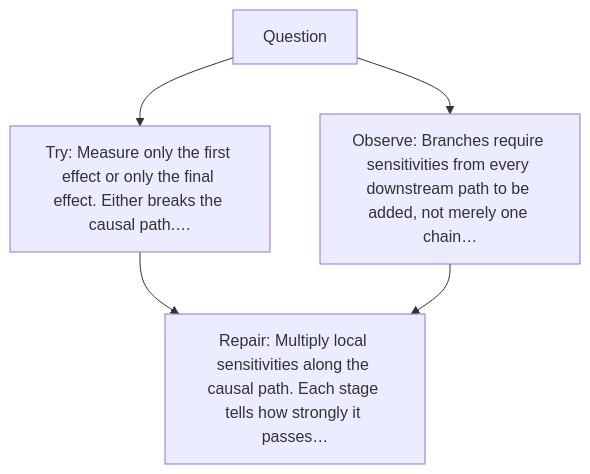
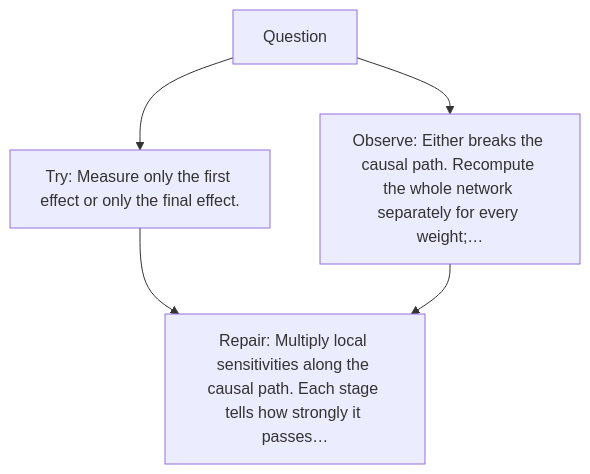
Before and after one commit to kleem-labs/AI-Archaeology: the diagram in excavations/023-chain-rule/diagram.md, drawn with Mermaid. The commit also changed other lines of this file and 165 other files, not shown here.

````diff
--- a/excavations/023-chain-rule/diagram.md
+++ b/excavations/023-chain-rule/diagram.md
@@ -5,7 +5,7 @@
 ```mermaid
 flowchart TD
-    A["Question"] --> B["Try: Measure only the first effect or only the final effect. Either breaks the causal path.…"]
-    A --> C["Observe: Branches require sensitivities from every downstream path to be added, not merely one chain…"]
+    A["Question"] --> B["Try: Measure only the first effect or only the final effect."]
+    A --> C["Observe: Either breaks the causal path. Recompute the whole network separately for every weight;…"]
     B --> D["Repair: Multiply local sensitivities along the causal path. Each stage tells how strongly it passes…"]
     C --> D
 ```
````
